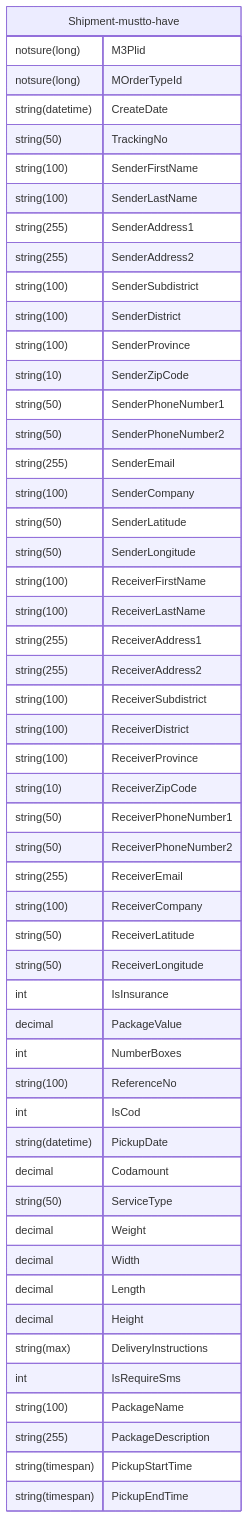
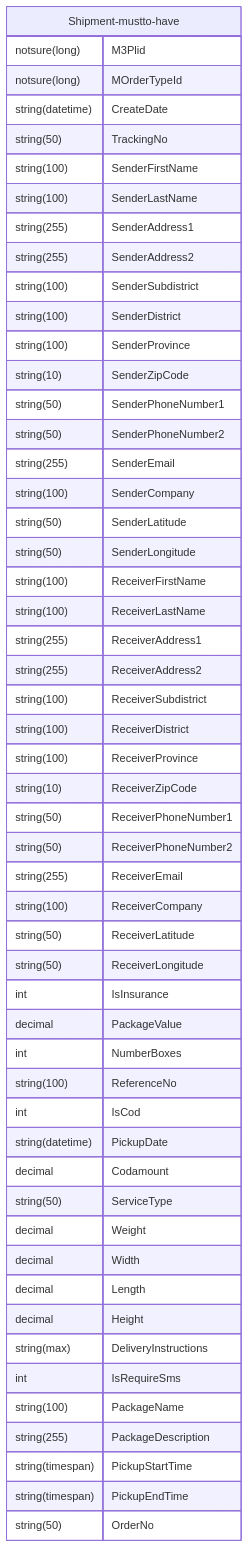
The diagram in 3pl-cr-validate/shipment-focus.md (rosered11/transport-manage-document), drawn with Mermaid before and after one commit.

````diff
--- a/3pl-cr-validate/shipment-focus.md
+++ b/3pl-cr-validate/shipment-focus.md
@@ -1,55 +1,56 @@
 ```mermaid
 erDiagram
     Shipment-mustto-have {
         notsure(long) M3Plid
         notsure(long) MOrderTypeId
         string(datetime) CreateDate
         string(50) TrackingNo
         string(100) SenderFirstName
         string(100) SenderLastName
         string(255) SenderAddress1
         string(255) SenderAddress2
         string(100) SenderSubdistrict
         string(100) SenderDistrict
         string(100) SenderProvince
         string(10) SenderZipCode
         string(50) SenderPhoneNumber1
         string(50) SenderPhoneNumber2
         string(255) SenderEmail
         string(100) SenderCompany
         string(50) SenderLatitude
         string(50) SenderLongitude
         string(100) ReceiverFirstName
         string(100) ReceiverLastName
         string(255) ReceiverAddress1
         string(255) ReceiverAddress2
         string(100) ReceiverSubdistrict
         string(100) ReceiverDistrict
         string(100) ReceiverProvince
         string(10) ReceiverZipCode
         string(50) ReceiverPhoneNumber1
         string(50) ReceiverPhoneNumber2
         string(255) ReceiverEmail
         string(100) ReceiverCompany
         string(50) ReceiverLatitude
         string(50) ReceiverLongitude
         int IsInsurance
         decimal PackageValue
         int NumberBoxes
         string(100) ReferenceNo
         int IsCod
         string(datetime) PickupDate
         decimal Codamount
         string(50) ServiceType
         decimal Weight
         decimal Width
         decimal Length
         decimal Height
         string(max) DeliveryInstructions
         int IsRequireSms
         string(100) PackageName
         string(255) PackageDescription
         string(timespan) PickupStartTime
         string(timespan) PickupEndTime
+        string(50) OrderNo
     }
 ```
````
